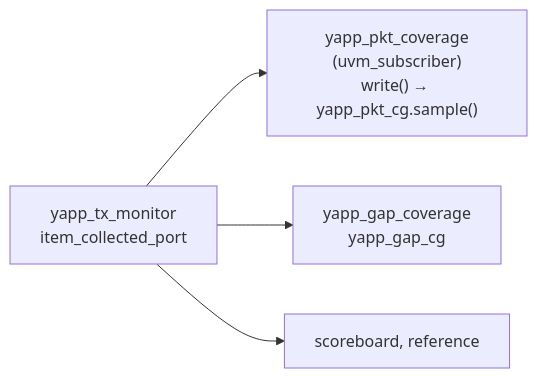
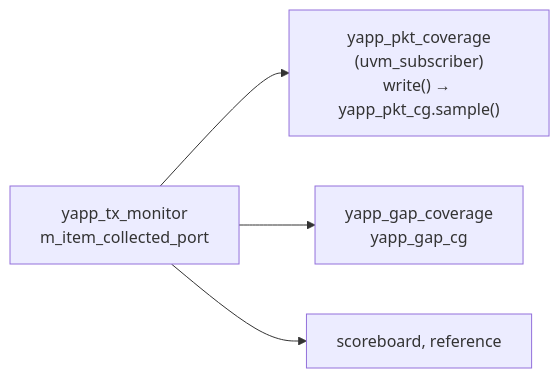
The diagram in docs/labs/lab10.md (tamirgabgab/Qcom-Mentoring), drawn with Mermaid before and after one commit. The commit also changed 83 other files, not shown here.

First line of the commit message:
Site diagrams use the code's variable names

````diff
--- a/docs/labs/lab10.md
+++ b/docs/labs/lab10.md
@@ -30,6 +30,6 @@
 ```mermaid
 flowchart LR
-    M["yapp_tx_monitor<br/>item_collected_port"] --> C["yapp_pkt_coverage<br/>(uvm_subscriber)<br/>write() → yapp_pkt_cg.sample()"]
+    M["yapp_tx_monitor<br/>m_item_collected_port"] --> C["yapp_pkt_coverage<br/>(uvm_subscriber)<br/>write() → yapp_pkt_cg.sample()"]
     M --> G["yapp_gap_coverage<br/>yapp_gap_cg"]
     M --> S["scoreboard, reference"]
 ```
````
